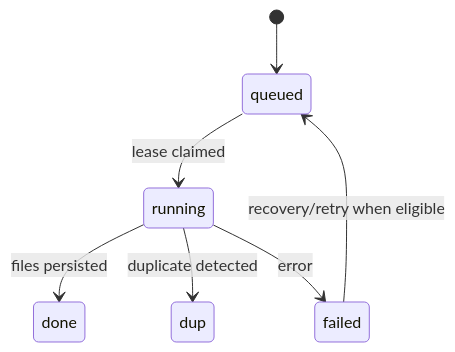
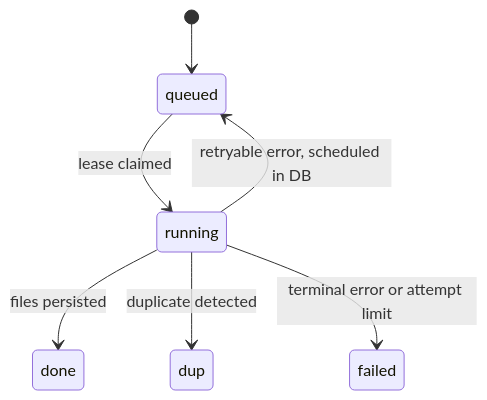
Before and after one commit to ekolancer/SocDownload: the diagram in docs/02-architecture/LLD.md, drawn with Mermaid. The commit also changed other lines of this file and 19 other files, not shown here.

````diff
--- a/docs/02-architecture/LLD.md
+++ b/docs/02-architecture/LLD.md
@@ -24,9 +25,9 @@
 ```mermaid
 stateDiagram-v2
  [*] --> queued
  queued --> running: lease claimed
  running --> done: files persisted
  running --> dup: duplicate detected
- running --> failed: error
- failed --> queued: recovery/retry when eligible
+ running --> failed: terminal error or attempt limit
+ running --> queued: retryable error, scheduled in DB
 ```
````
